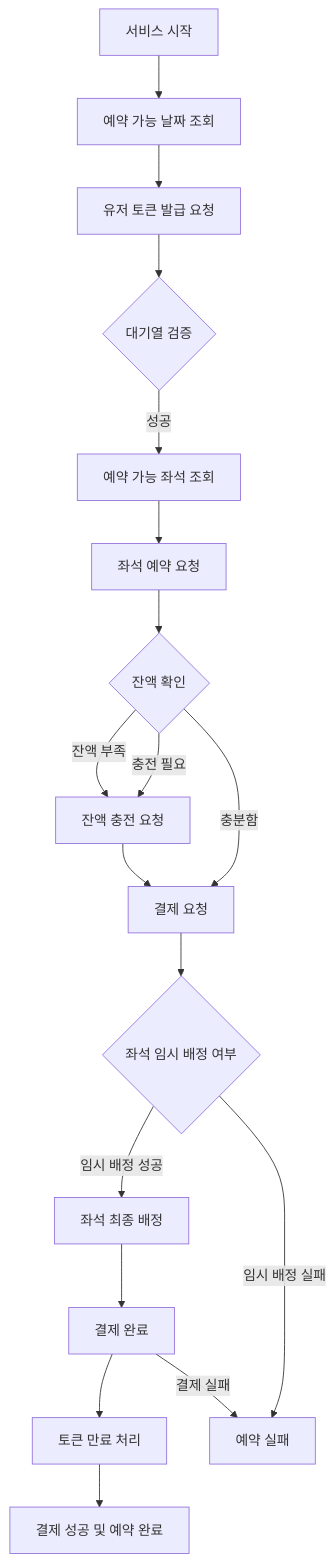
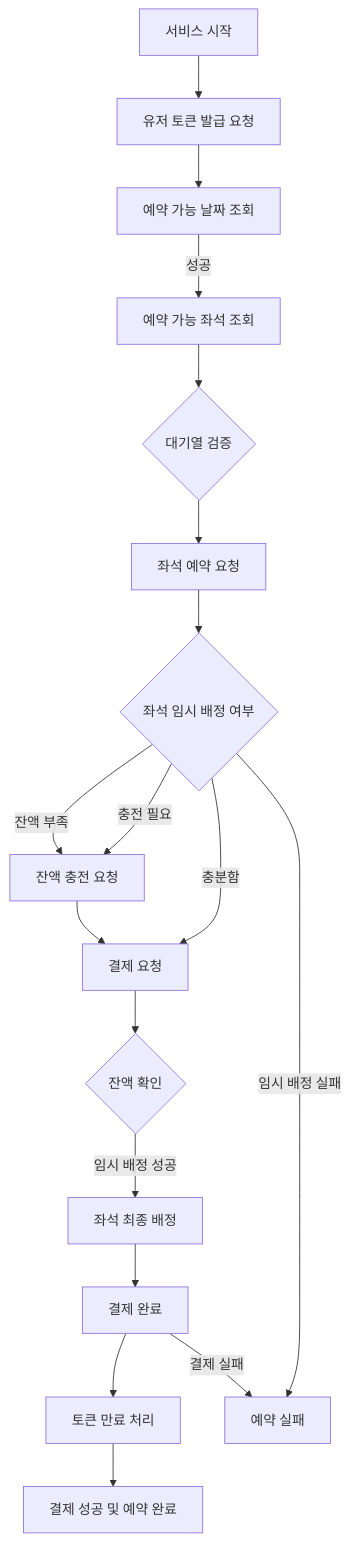
One commit to fatallinverno/hhplus-concert-reservation changed the tenth of 10 diagrams in README.md. Above: the diagram before and after it, drawn with Mermaid.

Commit message:
플로우 차트 수정

````diff
--- a/README.md
+++ b/README.md
@@ -210,21 +210,21 @@
 ```mermaid
 flowchart TD
-    A[서비스 시작] --> B[예약 가능 날짜 조회]
-    B --> C[유저 토큰 발급 요청]
-    C --> D{대기열 검증}
-    D -->|성공| E[예약 가능 좌석 조회]
+    A[서비스 시작] --> B[유저 토큰 발급 요청]
+    B --> C[예약 가능 날짜 조회]
+    C -->|성공| D[예약 가능 좌석 조회]
+    D --> E{대기열 검증}
     E --> F[좌석 예약 요청]
-    F --> G{잔액 확인}
+    F --> G{좌석 임시 배정 여부}
+    I --> J{잔액 확인}
     G -->|충전 필요| H[잔액 충전 요청]
     G -->|충분함| I[결제 요청]
-    I --> J{좌석 임시 배정 여부}
     J -->|임시 배정 성공| K[좌석 최종 배정]
     K --> L[결제 완료]
     L --> M[토큰 만료 처리]
     M --> N[결제 성공 및 예약 완료]
     
     G -->|잔액 부족| H
     H --> I
-    J -->|임시 배정 실패| X[예약 실패]
+    G -->|임시 배정 실패| X[예약 실패]
     L -->|결제 실패| X
 ```
````
